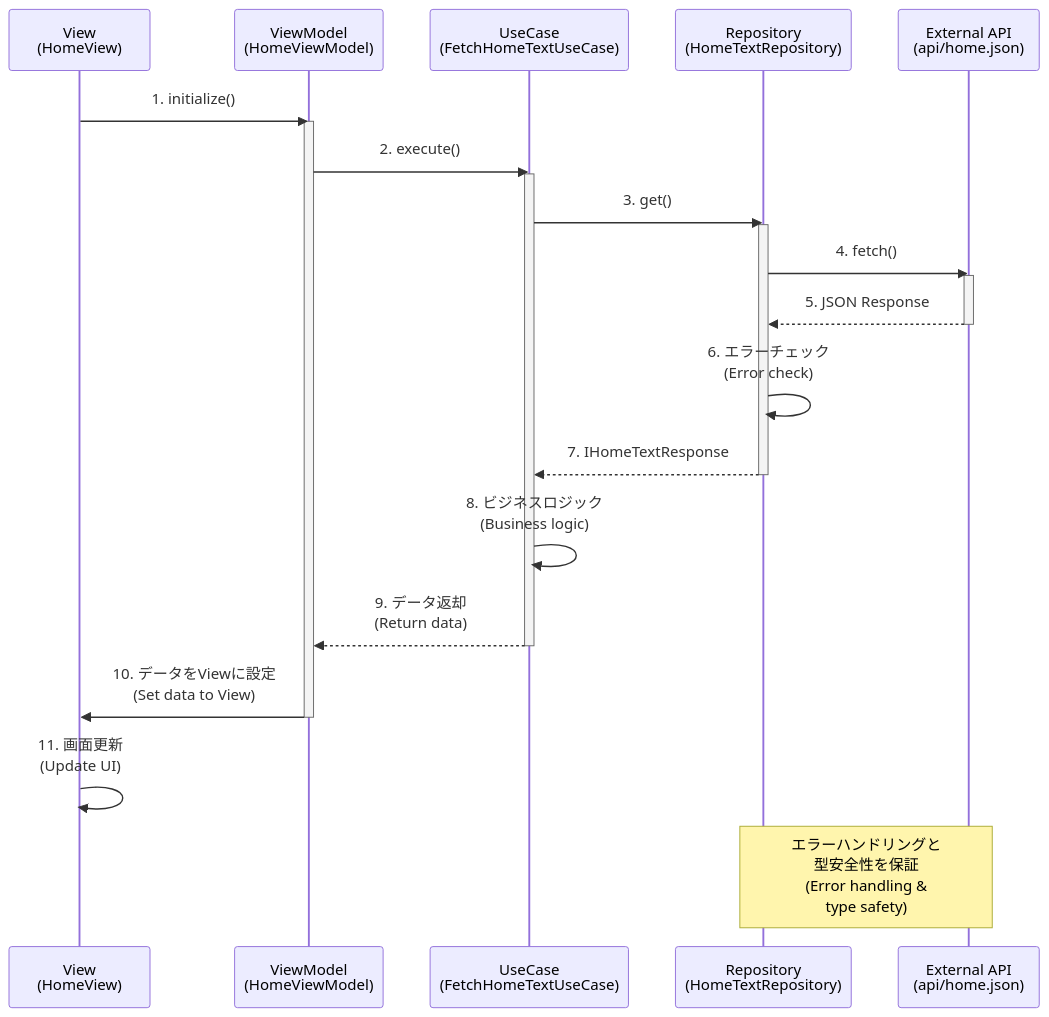
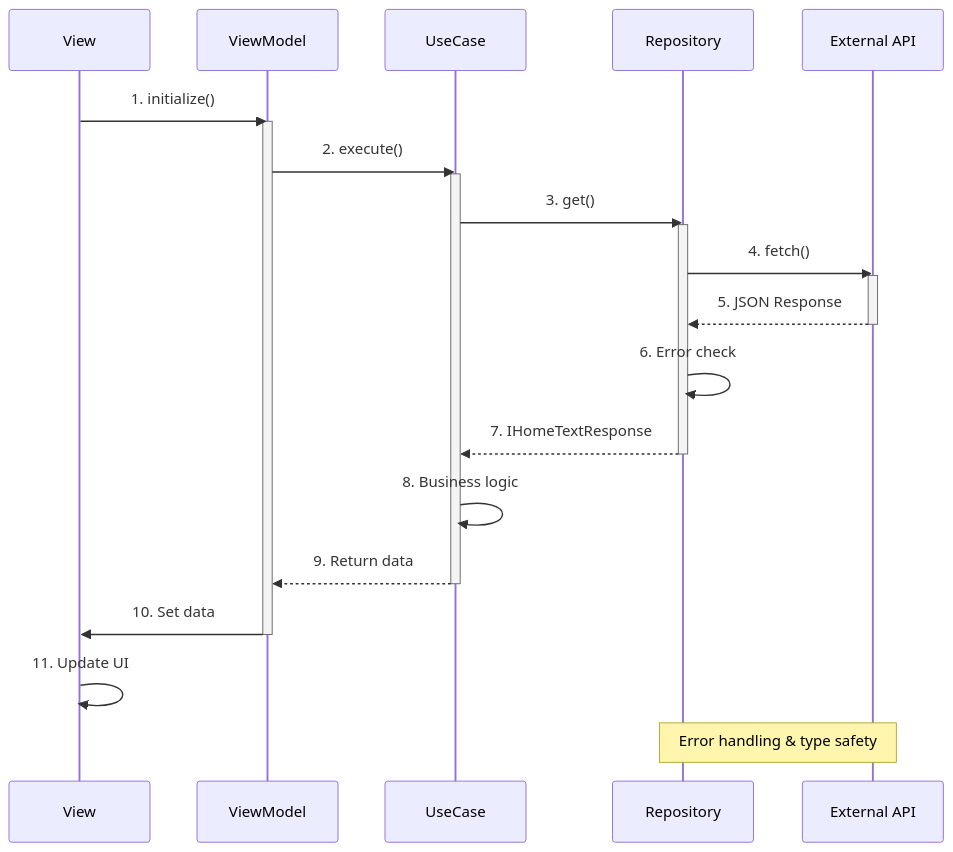
Before and after one commit to Next2D/framework-typescript-template: the fifth of 6 diagrams in template/ARCHITECTURE.md, drawn with Mermaid. The commit also changed other lines of this file and 1 other file, not shown here.

````diff
--- a/template/ARCHITECTURE.md
+++ b/template/ARCHITECTURE.md
@@ -336,30 +272,30 @@
 ```mermaid
 sequenceDiagram
-    participant View as View<br/>(HomeView)
-    participant VM as ViewModel<br/>(HomeViewModel)
-    participant UC as UseCase<br/>(FetchHomeTextUseCase)
-    participant Repo as Repository<br/>(HomeTextRepository)
-    participant API as External API<br/>(api/home.json)
+    participant View as View
+    participant VM as ViewModel
+    participant UC as UseCase
+    participant Repo as Repository
+    participant API as External API
 
     View->>VM: 1. initialize()
     activate VM
     VM->>UC: 2. execute()
     activate UC
     UC->>Repo: 3. get()
     activate Repo
     Repo->>API: 4. fetch()
     activate API
     API-->>Repo: 5. JSON Response
     deactivate API
-    Repo->>Repo: 6. エラーチェック<br/>(Error check)
+    Repo->>Repo: 6. Error check
     Repo-->>UC: 7. IHomeTextResponse
     deactivate Repo
-    UC->>UC: 8. ビジネスロジック<br/>(Business logic)
-    UC-->>VM: 9. データ返却<br/>(Return data)
+    UC->>UC: 8. Business logic
+    UC-->>VM: 9. Return data
     deactivate UC
-    VM->>View: 10. データをViewに設定<br/>(Set data to View)
+    VM->>View: 10. Set data
     deactivate VM
-    View->>View: 11. 画面更新<br/>(Update UI)
+    View->>View: 11. Update UI
 
-    Note over Repo,API: エラーハンドリングと<br/>型安全性を保証<br/>(Error handling &<br/>type safety)
+    Note over Repo,API: Error handling & type safety
 ```
````
